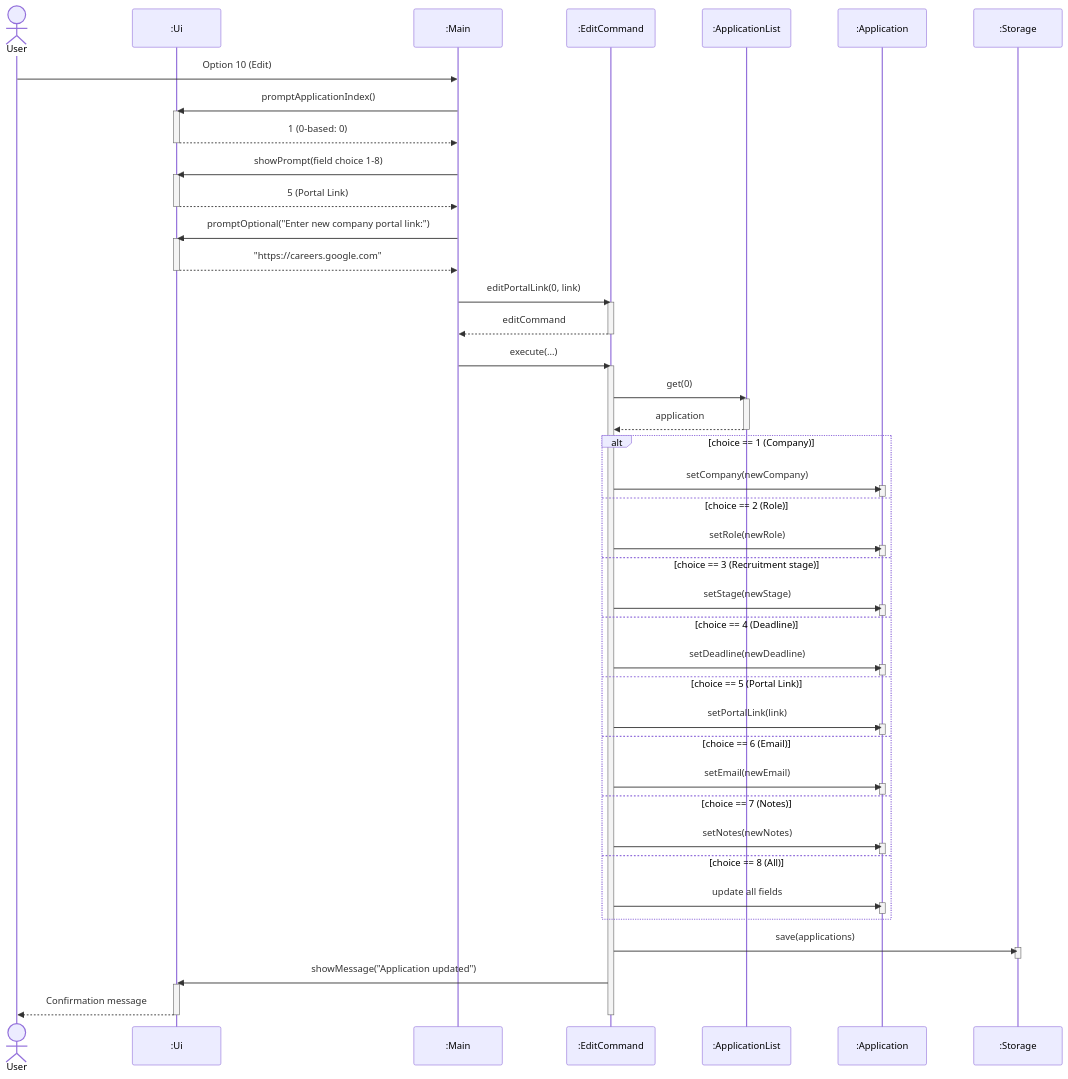
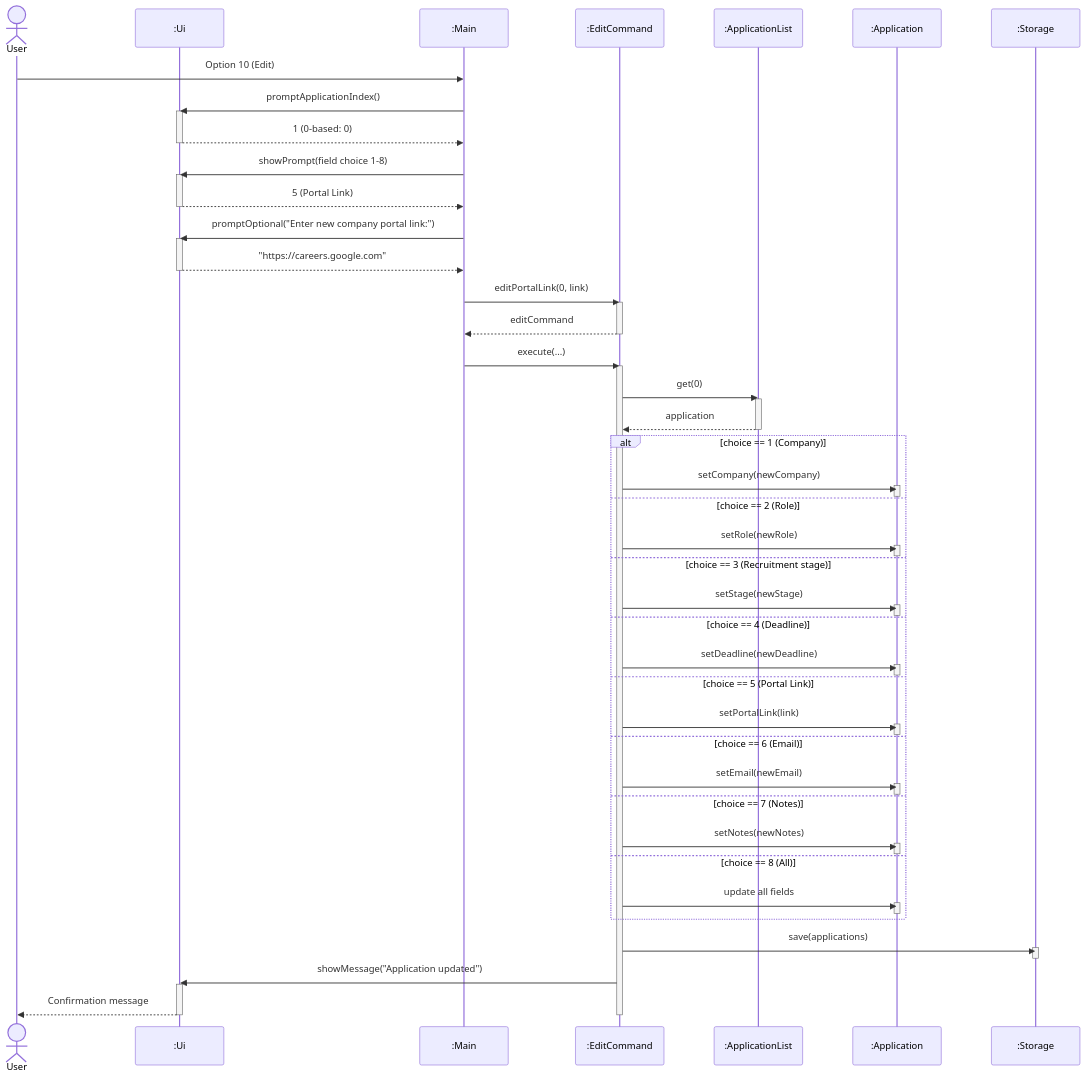
One commit to AY2627S1-CS2113-T10-2/tp changed the diagram in docs/diagrams/sources/edit-application-sequence.mmd. Above: the diagram before and after it, drawn with Mermaid. The commit also changed 19 other files, not shown here.

First line of the commit message:
docs: align sequence frame conditions to top-left and fix activation bar connections

```diff
--- a/docs/diagrams/sources/edit-application-sequence.mmd
+++ b/docs/diagrams/sources/edit-application-sequence.mmd
@@ -1,77 +1,76 @@
 %%{init: {'theme': 'default', 'sequence': {'actorMargin': 85, 'messageMargin': 45}}}%%
-%%{init: {'theme': 'default', 'sequence': {'actorMargin': 80, 'messageMargin': 45}}}%%
 sequenceDiagram
     actor user as User
     participant ui as :Ui
     participant main as :Main
     participant cmd as :EditCommand
     participant list as :ApplicationList
     participant app as :Application
     participant storage as :Storage
 
     user->>main: Option 10 (Edit)
     main->>ui: promptApplicationIndex()
     activate ui
     ui-->>main: 1 (0-based: 0)
     deactivate ui
     main->>ui: showPrompt(field choice 1-8)
     activate ui
     ui-->>main: 5 (Portal Link)
     deactivate ui
     main->>ui: promptOptional("Enter new company portal link:")
     activate ui
     ui-->>main: "https://careers.google.com"
     deactivate ui
     main->>cmd: editPortalLink(0, link)
     activate cmd
     cmd-->>main: editCommand
     deactivate cmd
     main->>cmd: execute(...)
     activate cmd
     cmd->>list: get(0)
     activate list
     list-->>cmd: application
     deactivate list
 
     alt choice == 1 (Company)
         cmd->>app: setCompany(newCompany)
         activate app
         deactivate app
     else choice == 2 (Role)
         cmd->>app: setRole(newRole)
         activate app
         deactivate app
     else choice == 3 (Recruitment stage)
         cmd->>app: setStage(newStage)
         activate app
         deactivate app
     else choice == 4 (Deadline)
         cmd->>app: setDeadline(newDeadline)
         activate app
         deactivate app
     else choice == 5 (Portal Link)
         cmd->>app: setPortalLink(link)
         activate app
         deactivate app
     else choice == 6 (Email)
         cmd->>app: setEmail(newEmail)
         activate app
         deactivate app
     else choice == 7 (Notes)
         cmd->>app: setNotes(newNotes)
         activate app
         deactivate app
     else choice == 8 (All)
         cmd->>app: update all fields
         activate app
         deactivate app
     end
 
     cmd->>storage: save(applications)
     activate storage
     deactivate storage
     cmd->>ui: showMessage("Application updated")
     activate ui
     ui-->>user: Confirmation message
     deactivate ui
     deactivate cmd
```
